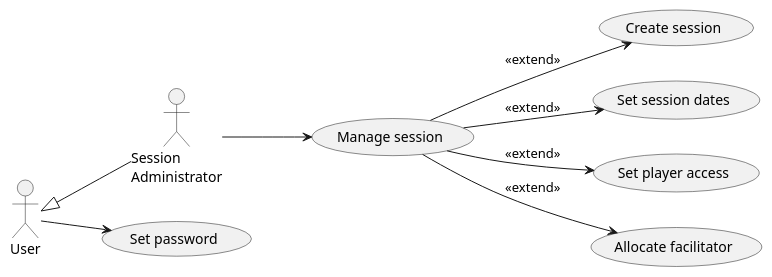
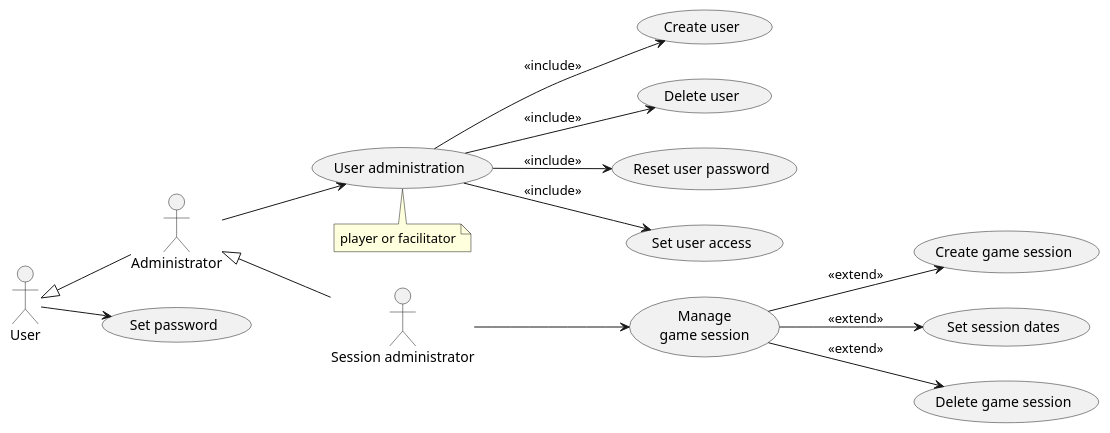
One commit to averbraeck/gscg-design changed the diagram in doc/1-use-cases/diagrams/session-administration.puml. Above: the diagram before and after it, drawn with PlantUML. The commit also changed 4 other files, not shown here.

Commit message:
Issue #3. Added "Administrator" role with user functions

```diff
--- a/doc/1-use-cases/diagrams/session-administration.puml
+++ b/doc/1-use-cases/diagrams/session-administration.puml
@@ -1,15 +1,26 @@
 @startuml
 left to right direction
 
-"Session\nAdministrator" as SA
-User <|-- SA
+"Session administrator" as SA
+User <|-- Administrator
+Administrator <|-- SA
 
 User --> (Set password)
 
-SA --> (Manage session)
-(Manage session) --> (Create session) : << extend >>
-(Manage session) --> (Set session dates) : << extend >>
-(Manage session) --> (Set player access) : << extend >>
-(Manage session) --> (Allocate facilitator) : << extend >>
+Administrator --> (User administration)
+note bottom
+  player or facilitator
+end note
+
+(User administration) --> (Create user) : << include >>
+(User administration) --> (Delete user) : << include >>
+(User administration) --> (Reset user password) : << include >>
+(User administration) --> (Set user access) : << include >>
+
+"Manage\ngame session" as (Manage)
+SA --> Manage
+Manage --> (Create game session) : << extend >>
+Manage --> (Set session dates) : << extend >>
+Manage --> (Delete game session) : << extend >>
 
 @enduml
```
